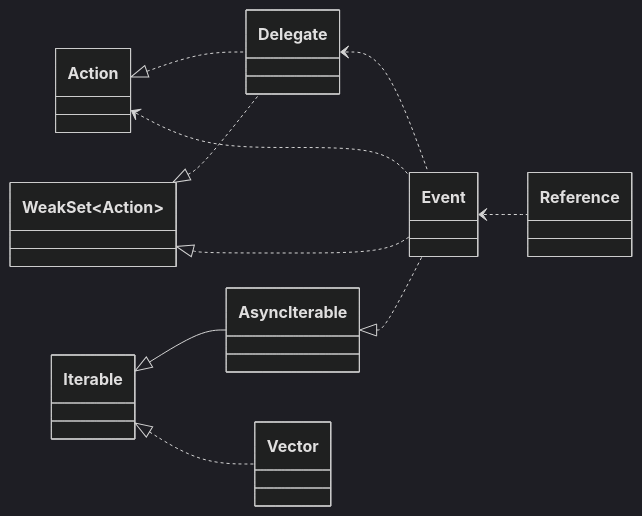
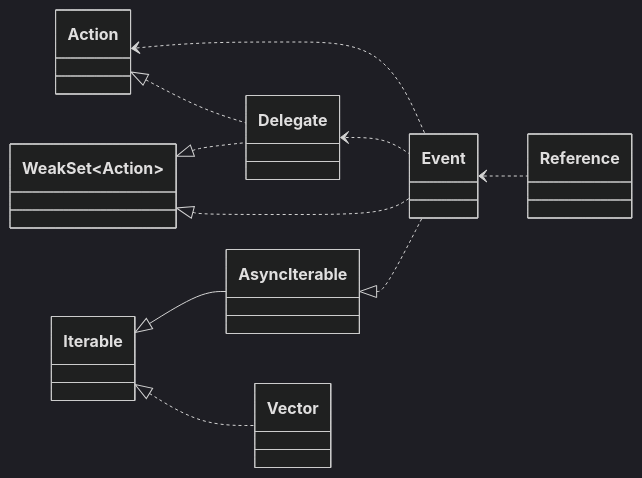
Before and after one commit to domrally/peekeasy: the fourth of 4 diagrams in README.md, drawn with Mermaid (dark theme). The commit also changed other lines of this file, not shown here.

````diff
--- a/README.md
+++ b/README.md
@@ -204,19 +204,19 @@
 ```mermaid
 classDiagram
     direction LR
+    Action <.. Event
     Action <|.. Delegate
-    Action <.. Event
     WeakSet~Action~ <|.. Delegate
     WeakSet~Action~ <|.. Event
     Delegate <.. Event
     AsyncIterable <|.. Event
     Event <.. Reference
     Iterable <|-- AsyncIterable
     Iterable <|.. Vector
     class Delegate
     link Delegate "https://github.com/domrally/peekeasy/blob/main/src/delegate.ts" "delegate.ts"
     class Event
     link Event "https://github.com/domrally/peekeasy/blob/main/src/event.ts" "event.ts"
     class Vector
     link Vector "https://github.com/domrally/peekeasy/blob/main/src/vector.ts" "vector.ts"
 ```
````
